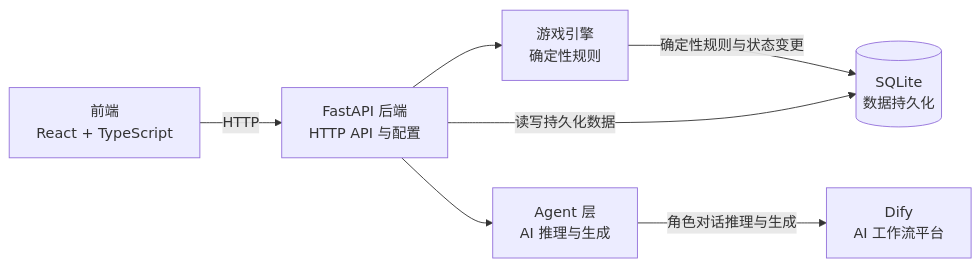
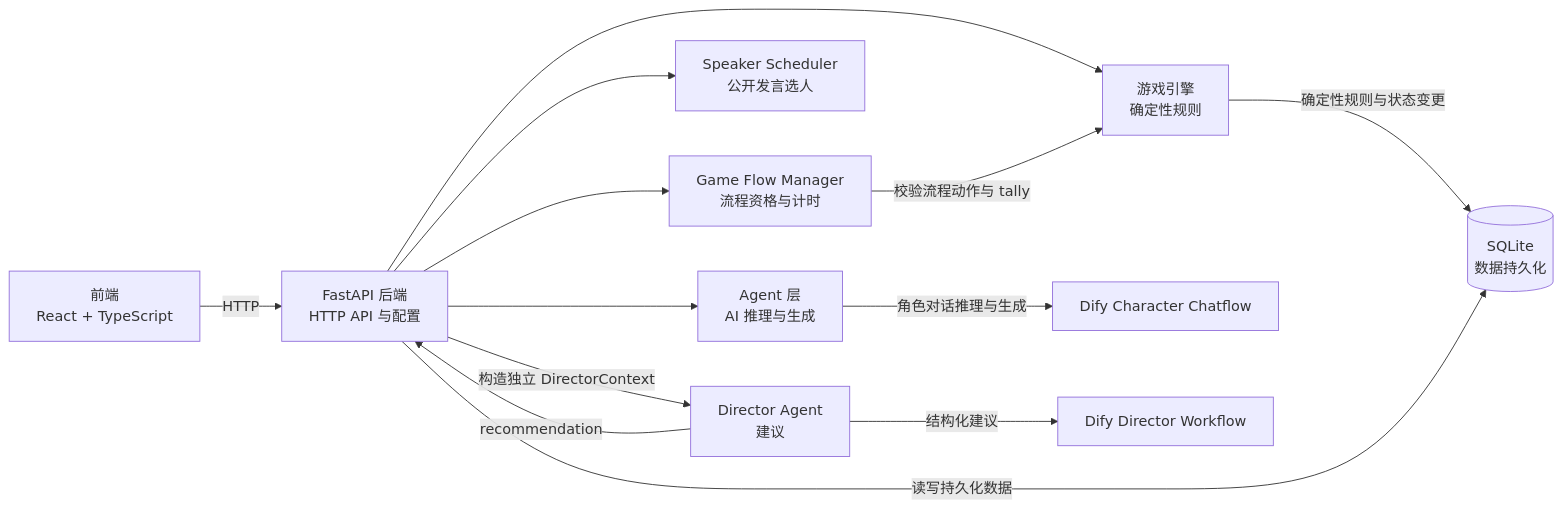
One commit to leerenxunlll/ollama-project changed the first of 7 diagrams in dify-project/docs/architecture.md. Above: the diagram before and after it, drawn with Mermaid. The commit also changed other lines of this file and 33 other files, not shown here.

````diff
--- a/dify-project/docs/architecture.md
+++ b/dify-project/docs/architecture.md
@@ -5,16 +5,26 @@
 ```mermaid
 flowchart LR
     Frontend[前端<br/>React + TypeScript]
     Backend[FastAPI 后端<br/>HTTP API 与配置]
     Engine[游戏引擎<br/>确定性规则]
+    Flow[Game Flow Manager<br/>流程资格与计时]
+    Scheduler[Speaker Scheduler<br/>公开发言选人]
     Agents[Agent 层<br/>AI 推理与生成]
-    Dify[Dify<br/>AI 工作流平台]
+    CharacterDify[Dify Character Chatflow]
+    DirectorDify[Dify Director Workflow]
+    Director[Director Agent<br/>建议]
     Database[(SQLite<br/>数据持久化)]
 
     Frontend -->|HTTP| Backend
     Backend --> Engine
+    Backend --> Flow
+    Backend --> Scheduler
     Backend --> Agents
     Engine -->|确定性规则与状态变更| Database
+    Flow -->|校验流程动作与 tally| Engine
     Backend -->|读写持久化数据| Database
-    Agents -->|角色对话推理与生成| Dify
+    Agents -->|角色对话推理与生成| CharacterDify
+    Backend -->|构造独立 DirectorContext| Director
+    Director -->|结构化建议| DirectorDify
+    Director -->|recommendation| Backend
 ```
````
